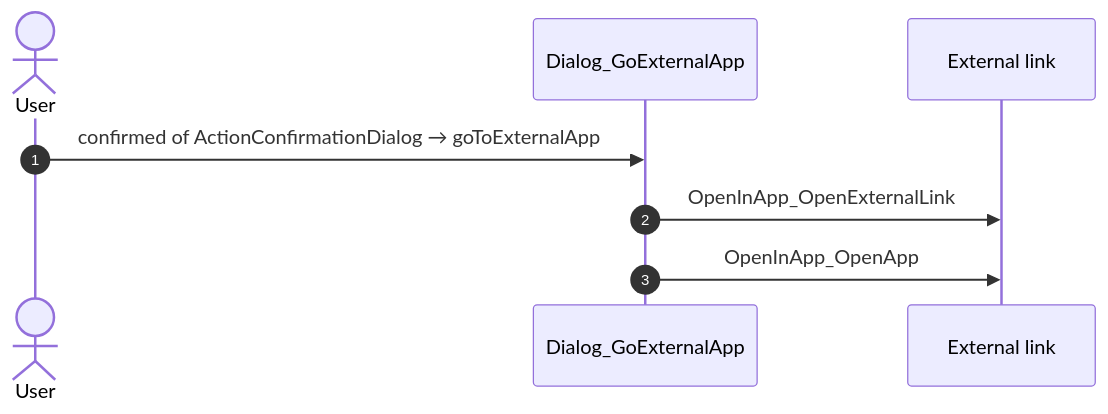
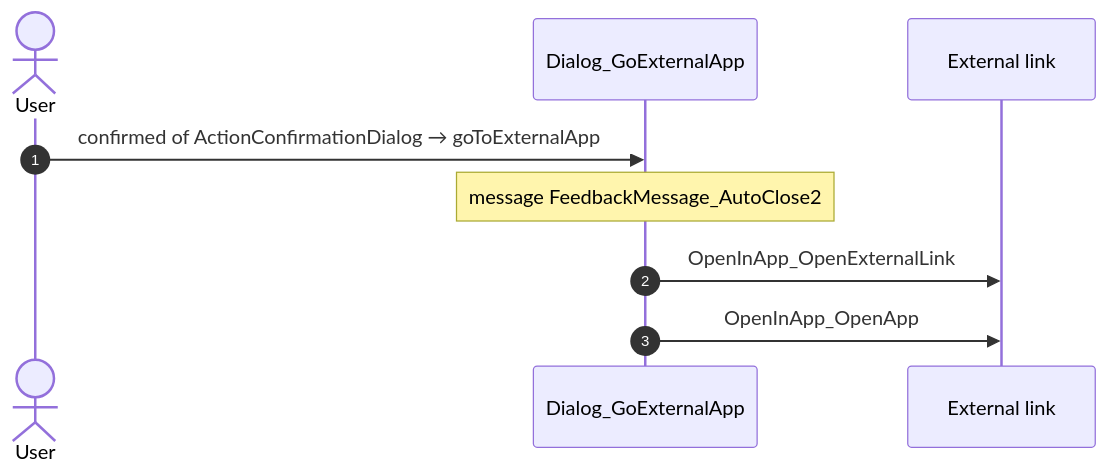
One commit to Phoenix-DX/connect-new-ui changed diagram 30 of 56 in route-actions/routes/HomeFeed.md. Above: the diagram before and after it, drawn with Mermaid. The commit also changed other lines of this file and 9 other files, not shown here.

Commit message:
route actions: ContactUsDetails checked (4 calls, 0 missing, 3 questions); tool: tel: links, previous screen, FeedbackMessage actions, JS node action proxies, functions given to then/setTimeout, hook-returned handlers; raiseToFlowHandler is not an effect

````diff
--- a/route-actions/routes/HomeFeed.md
+++ b/route-actions/routes/HomeFeed.md
@@ -514,10 +552,11 @@
 ```mermaid
 sequenceDiagram
   autonumber
   actor U as User
   participant B as Dialog_GoExternalApp
   participant X as External link
   U->>B: confirmed of ActionConfirmationDialog → goToExternalApp
+  Note over B: message FeedbackMessage_AutoClose2
   B->>X: OpenInApp_OpenExternalLink
   B->>X: OpenInApp_OpenApp
 ```
````
